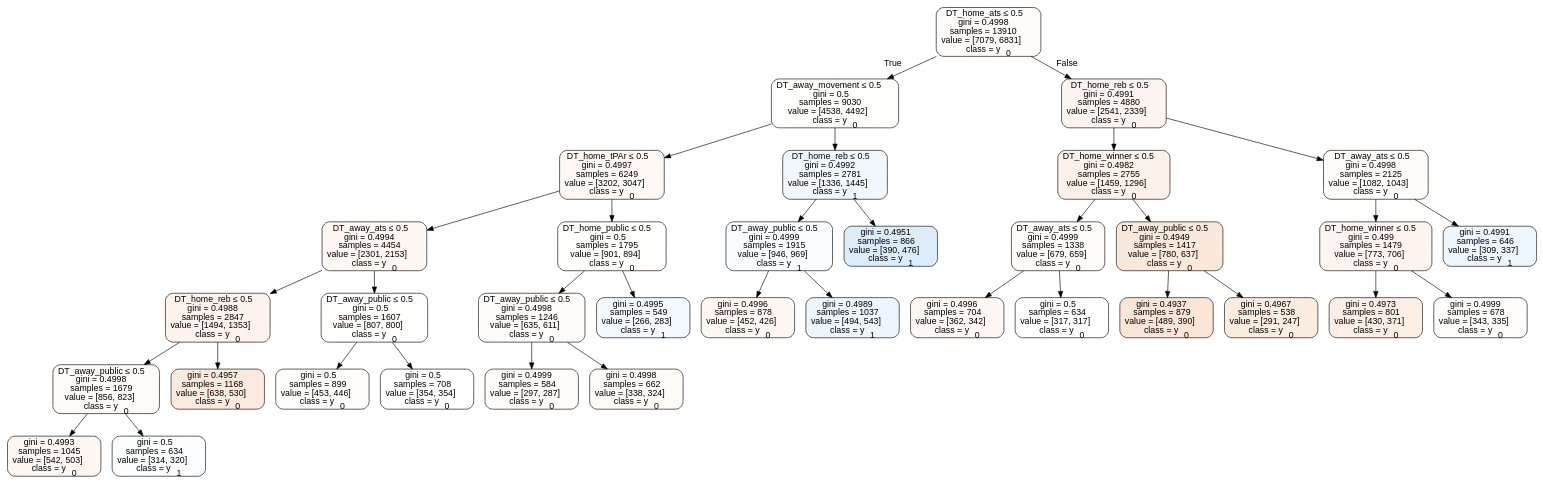
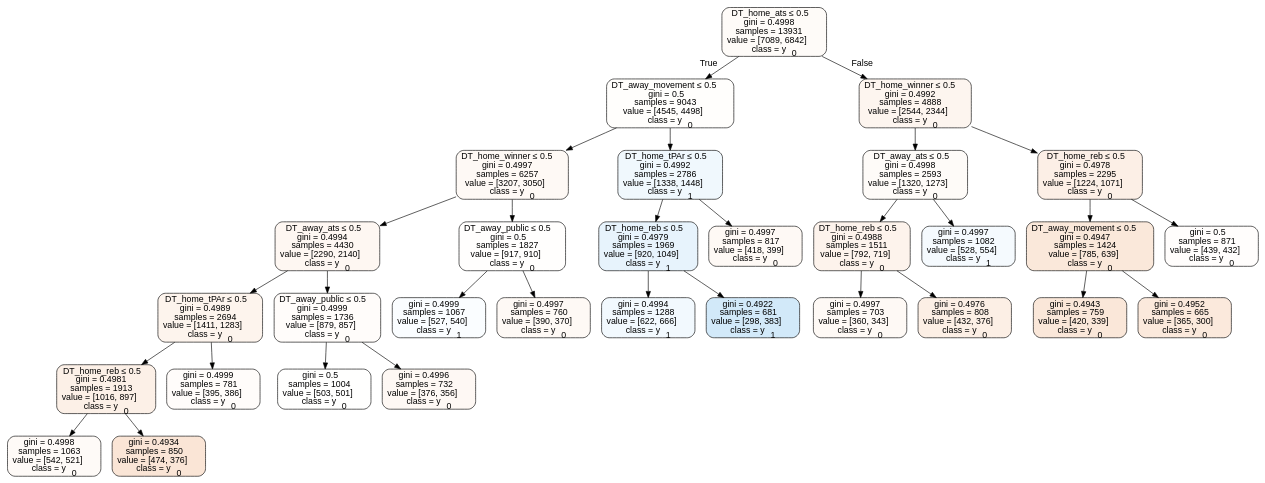
One commit to usbogie/ncaa-bets changed the diagram in tree_data/tree2013home.dot. Above: the diagram before and after it, drawn with Graphviz. The commit also changed 32 other files, not shown here.

```diff
--- a/tree_data/tree2013home.dot
+++ b/tree_data/tree2013home.dot
@@ -1,73 +1,65 @@
 digraph Tree {
 node [shape=box, style="filled, rounded", color="black", fontname=helvetica] ;
 edge [fontname=helvetica] ;
-0 [label=<DT_home_ats &le; 0.5<br/>gini = 0.4998<br/>samples = 13910<br/>value = [7079, 6831]<br/>class = y<SUB>0</SUB>>, fillcolor="#e5813909"] ;
-1 [label=<DT_away_movement &le; 0.5<br/>gini = 0.5<br/>samples = 9030<br/>value = [4538, 4492]<br/>class = y<SUB>0</SUB>>, fillcolor="#e5813903"] ;
+0 [label=<DT_home_ats &le; 0.5<br/>gini = 0.4998<br/>samples = 13931<br/>value = [7089, 6842]<br/>class = y<SUB>0</SUB>>, fillcolor="#e5813909"] ;
+1 [label=<DT_away_movement &le; 0.5<br/>gini = 0.5<br/>samples = 9043<br/>value = [4545, 4498]<br/>class = y<SUB>0</SUB>>, fillcolor="#e5813903"] ;
 0 -> 1 [labeldistance=2.5, labelangle=45, headlabel="True"] ;
-2 [label=<DT_home_tPAr &le; 0.5<br/>gini = 0.4997<br/>samples = 6249<br/>value = [3202, 3047]<br/>class = y<SUB>0</SUB>>, fillcolor="#e581390c"] ;
+2 [label=<DT_home_winner &le; 0.5<br/>gini = 0.4997<br/>samples = 6257<br/>value = [3207, 3050]<br/>class = y<SUB>0</SUB>>, fillcolor="#e581390c"] ;
 1 -> 2 ;
-3 [label=<DT_away_ats &le; 0.5<br/>gini = 0.4994<br/>samples = 4454<br/>value = [2301, 2153]<br/>class = y<SUB>0</SUB>>, fillcolor="#e5813910"] ;
+3 [label=<DT_away_ats &le; 0.5<br/>gini = 0.4994<br/>samples = 4430<br/>value = [2290, 2140]<br/>class = y<SUB>0</SUB>>, fillcolor="#e5813911"] ;
 2 -> 3 ;
-4 [label=<DT_home_reb &le; 0.5<br/>gini = 0.4988<br/>samples = 2847<br/>value = [1494, 1353]<br/>class = y<SUB>0</SUB>>, fillcolor="#e5813918"] ;
+4 [label=<DT_home_tPAr &le; 0.5<br/>gini = 0.4989<br/>samples = 2694<br/>value = [1411, 1283]<br/>class = y<SUB>0</SUB>>, fillcolor="#e5813917"] ;
 3 -> 4 ;
-5 [label=<DT_away_public &le; 0.5<br/>gini = 0.4998<br/>samples = 1679<br/>value = [856, 823]<br/>class = y<SUB>0</SUB>>, fillcolor="#e581390a"] ;
+5 [label=<DT_home_reb &le; 0.5<br/>gini = 0.4981<br/>samples = 1913<br/>value = [1016, 897]<br/>class = y<SUB>0</SUB>>, fillcolor="#e581391e"] ;
 4 -> 5 ;
-6 [label=<gini = 0.4993<br/>samples = 1045<br/>value = [542, 503]<br/>class = y<SUB>0</SUB>>, fillcolor="#e5813912"] ;
+6 [label=<gini = 0.4998<br/>samples = 1063<br/>value = [542, 521]<br/>class = y<SUB>0</SUB>>, fillcolor="#e581390a"] ;
 5 -> 6 ;
-7 [label=<gini = 0.5<br/>samples = 634<br/>value = [314, 320]<br/>class = y<SUB>1</SUB>>, fillcolor="#399de505"] ;
+7 [label=<gini = 0.4934<br/>samples = 850<br/>value = [474, 376]<br/>class = y<SUB>0</SUB>>, fillcolor="#e5813935"] ;
 5 -> 7 ;
-8 [label=<gini = 0.4957<br/>samples = 1168<br/>value = [638, 530]<br/>class = y<SUB>0</SUB>>, fillcolor="#e581392b"] ;
+8 [label=<gini = 0.4999<br/>samples = 781<br/>value = [395, 386]<br/>class = y<SUB>0</SUB>>, fillcolor="#e5813906"] ;
 4 -> 8 ;
-9 [label=<DT_away_public &le; 0.5<br/>gini = 0.5<br/>samples = 1607<br/>value = [807, 800]<br/>class = y<SUB>0</SUB>>, fillcolor="#e5813902"] ;
+9 [label=<DT_away_public &le; 0.5<br/>gini = 0.4999<br/>samples = 1736<br/>value = [879, 857]<br/>class = y<SUB>0</SUB>>, fillcolor="#e5813906"] ;
 3 -> 9 ;
-10 [label=<gini = 0.5<br/>samples = 899<br/>value = [453, 446]<br/>class = y<SUB>0</SUB>>, fillcolor="#e5813904"] ;
+10 [label=<gini = 0.5<br/>samples = 1004<br/>value = [503, 501]<br/>class = y<SUB>0</SUB>>, fillcolor="#e5813901"] ;
 9 -> 10 ;
-11 [label=<gini = 0.5<br/>samples = 708<br/>value = [354, 354]<br/>class = y<SUB>0</SUB>>, fillcolor="#e5813900"] ;
+11 [label=<gini = 0.4996<br/>samples = 732<br/>value = [376, 356]<br/>class = y<SUB>0</SUB>>, fillcolor="#e581390e"] ;
 9 -> 11 ;
-12 [label=<DT_home_public &le; 0.5<br/>gini = 0.5<br/>samples = 1795<br/>value = [901, 894]<br/>class = y<SUB>0</SUB>>, fillcolor="#e5813902"] ;
+12 [label=<DT_away_public &le; 0.5<br/>gini = 0.5<br/>samples = 1827<br/>value = [917, 910]<br/>class = y<SUB>0</SUB>>, fillcolor="#e5813902"] ;
 2 -> 12 ;
-13 [label=<DT_away_public &le; 0.5<br/>gini = 0.4998<br/>samples = 1246<br/>value = [635, 611]<br/>class = y<SUB>0</SUB>>, fillcolor="#e581390a"] ;
+13 [label=<gini = 0.4999<br/>samples = 1067<br/>value = [527, 540]<br/>class = y<SUB>1</SUB>>, fillcolor="#399de506"] ;
 12 -> 13 ;
-14 [label=<gini = 0.4999<br/>samples = 584<br/>value = [297, 287]<br/>class = y<SUB>0</SUB>>, fillcolor="#e5813909"] ;
-13 -> 14 ;
-15 [label=<gini = 0.4998<br/>samples = 662<br/>value = [338, 324]<br/>class = y<SUB>0</SUB>>, fillcolor="#e581390b"] ;
-13 -> 15 ;
-16 [label=<gini = 0.4995<br/>samples = 549<br/>value = [266, 283]<br/>class = y<SUB>1</SUB>>, fillcolor="#399de50f"] ;
-12 -> 16 ;
-17 [label=<DT_home_reb &le; 0.5<br/>gini = 0.4992<br/>samples = 2781<br/>value = [1336, 1445]<br/>class = y<SUB>1</SUB>>, fillcolor="#399de513"] ;
-1 -> 17 ;
-18 [label=<DT_away_public &le; 0.5<br/>gini = 0.4999<br/>samples = 1915<br/>value = [946, 969]<br/>class = y<SUB>1</SUB>>, fillcolor="#399de506"] ;
-17 -> 18 ;
-19 [label=<gini = 0.4996<br/>samples = 878<br/>value = [452, 426]<br/>class = y<SUB>0</SUB>>, fillcolor="#e581390f"] ;
-18 -> 19 ;
-20 [label=<gini = 0.4989<br/>samples = 1037<br/>value = [494, 543]<br/>class = y<SUB>1</SUB>>, fillcolor="#399de517"] ;
-18 -> 20 ;
-21 [label=<gini = 0.4951<br/>samples = 866<br/>value = [390, 476]<br/>class = y<SUB>1</SUB>>, fillcolor="#399de52e"] ;
-17 -> 21 ;
-22 [label=<DT_home_reb &le; 0.5<br/>gini = 0.4991<br/>samples = 4880<br/>value = [2541, 2339]<br/>class = y<SUB>0</SUB>>, fillcolor="#e5813914"] ;
-0 -> 22 [labeldistance=2.5, labelangle=-45, headlabel="False"] ;
-23 [label=<DT_home_winner &le; 0.5<br/>gini = 0.4982<br/>samples = 2755<br/>value = [1459, 1296]<br/>class = y<SUB>0</SUB>>, fillcolor="#e581391c"] ;
+14 [label=<gini = 0.4997<br/>samples = 760<br/>value = [390, 370]<br/>class = y<SUB>0</SUB>>, fillcolor="#e581390d"] ;
+12 -> 14 ;
+15 [label=<DT_home_tPAr &le; 0.5<br/>gini = 0.4992<br/>samples = 2786<br/>value = [1338, 1448]<br/>class = y<SUB>1</SUB>>, fillcolor="#399de513"] ;
+1 -> 15 ;
+16 [label=<DT_home_reb &le; 0.5<br/>gini = 0.4979<br/>samples = 1969<br/>value = [920, 1049]<br/>class = y<SUB>1</SUB>>, fillcolor="#399de51f"] ;
+15 -> 16 ;
+17 [label=<gini = 0.4994<br/>samples = 1288<br/>value = [622, 666]<br/>class = y<SUB>1</SUB>>, fillcolor="#399de511"] ;
+16 -> 17 ;
+18 [label=<gini = 0.4922<br/>samples = 681<br/>value = [298, 383]<br/>class = y<SUB>1</SUB>>, fillcolor="#399de539"] ;
+16 -> 18 ;
+19 [label=<gini = 0.4997<br/>samples = 817<br/>value = [418, 399]<br/>class = y<SUB>0</SUB>>, fillcolor="#e581390c"] ;
+15 -> 19 ;
+20 [label=<DT_home_winner &le; 0.5<br/>gini = 0.4992<br/>samples = 4888<br/>value = [2544, 2344]<br/>class = y<SUB>0</SUB>>, fillcolor="#e5813914"] ;
+0 -> 20 [labeldistance=2.5, labelangle=-45, headlabel="False"] ;
+21 [label=<DT_away_ats &le; 0.5<br/>gini = 0.4998<br/>samples = 2593<br/>value = [1320, 1273]<br/>class = y<SUB>0</SUB>>, fillcolor="#e5813909"] ;
+20 -> 21 ;
+22 [label=<DT_home_reb &le; 0.5<br/>gini = 0.4988<br/>samples = 1511<br/>value = [792, 719]<br/>class = y<SUB>0</SUB>>, fillcolor="#e5813918"] ;
+21 -> 22 ;
+23 [label=<gini = 0.4997<br/>samples = 703<br/>value = [360, 343]<br/>class = y<SUB>0</SUB>>, fillcolor="#e581390c"] ;
 22 -> 23 ;
-24 [label=<DT_away_ats &le; 0.5<br/>gini = 0.4999<br/>samples = 1338<br/>value = [679, 659]<br/>class = y<SUB>0</SUB>>, fillcolor="#e5813908"] ;
-23 -> 24 ;
-25 [label=<gini = 0.4996<br/>samples = 704<br/>value = [362, 342]<br/>class = y<SUB>0</SUB>>, fillcolor="#e581390e"] ;
-24 -> 25 ;
-26 [label=<gini = 0.5<br/>samples = 634<br/>value = [317, 317]<br/>class = y<SUB>0</SUB>>, fillcolor="#e5813900"] ;
-24 -> 26 ;
-27 [label=<DT_away_public &le; 0.5<br/>gini = 0.4949<br/>samples = 1417<br/>value = [780, 637]<br/>class = y<SUB>0</SUB>>, fillcolor="#e581392f"] ;
-23 -> 27 ;
-28 [label=<gini = 0.4937<br/>samples = 879<br/>value = [489, 390]<br/>class = y<SUB>0</SUB>>, fillcolor="#e5813934"] ;
+24 [label=<gini = 0.4976<br/>samples = 808<br/>value = [432, 376]<br/>class = y<SUB>0</SUB>>, fillcolor="#e5813921"] ;
+22 -> 24 ;
+25 [label=<gini = 0.4997<br/>samples = 1082<br/>value = [528, 554]<br/>class = y<SUB>1</SUB>>, fillcolor="#399de50c"] ;
+21 -> 25 ;
+26 [label=<DT_home_reb &le; 0.5<br/>gini = 0.4978<br/>samples = 2295<br/>value = [1224, 1071]<br/>class = y<SUB>0</SUB>>, fillcolor="#e5813920"] ;
+20 -> 26 ;
+27 [label=<DT_away_movement &le; 0.5<br/>gini = 0.4947<br/>samples = 1424<br/>value = [785, 639]<br/>class = y<SUB>0</SUB>>, fillcolor="#e581392f"] ;
+26 -> 27 ;
+28 [label=<gini = 0.4943<br/>samples = 759<br/>value = [420, 339]<br/>class = y<SUB>0</SUB>>, fillcolor="#e5813931"] ;
 27 -> 28 ;
-29 [label=<gini = 0.4967<br/>samples = 538<br/>value = [291, 247]<br/>class = y<SUB>0</SUB>>, fillcolor="#e5813927"] ;
+29 [label=<gini = 0.4952<br/>samples = 665<br/>value = [365, 300]<br/>class = y<SUB>0</SUB>>, fillcolor="#e581392d"] ;
 27 -> 29 ;
-30 [label=<DT_away_ats &le; 0.5<br/>gini = 0.4998<br/>samples = 2125<br/>value = [1082, 1043]<br/>class = y<SUB>0</SUB>>, fillcolor="#e5813909"] ;
-22 -> 30 ;
-31 [label=<DT_home_winner &le; 0.5<br/>gini = 0.499<br/>samples = 1479<br/>value = [773, 706]<br/>class = y<SUB>0</SUB>>, fillcolor="#e5813916"] ;
-30 -> 31 ;
-32 [label=<gini = 0.4973<br/>samples = 801<br/>value = [430, 371]<br/>class = y<SUB>0</SUB>>, fillcolor="#e5813923"] ;
-31 -> 32 ;
-33 [label=<gini = 0.4999<br/>samples = 678<br/>value = [343, 335]<br/>class = y<SUB>0</SUB>>, fillcolor="#e5813906"] ;
-31 -> 33 ;
-34 [label=<gini = 0.4991<br/>samples = 646<br/>value = [309, 337]<br/>class = y<SUB>1</SUB>>, fillcolor="#399de515"] ;
-30 -> 34 ;
+30 [label=<gini = 0.5<br/>samples = 871<br/>value = [439, 432]<br/>class = y<SUB>0</SUB>>, fillcolor="#e5813904"] ;
+26 -> 30 ;
 }
```
